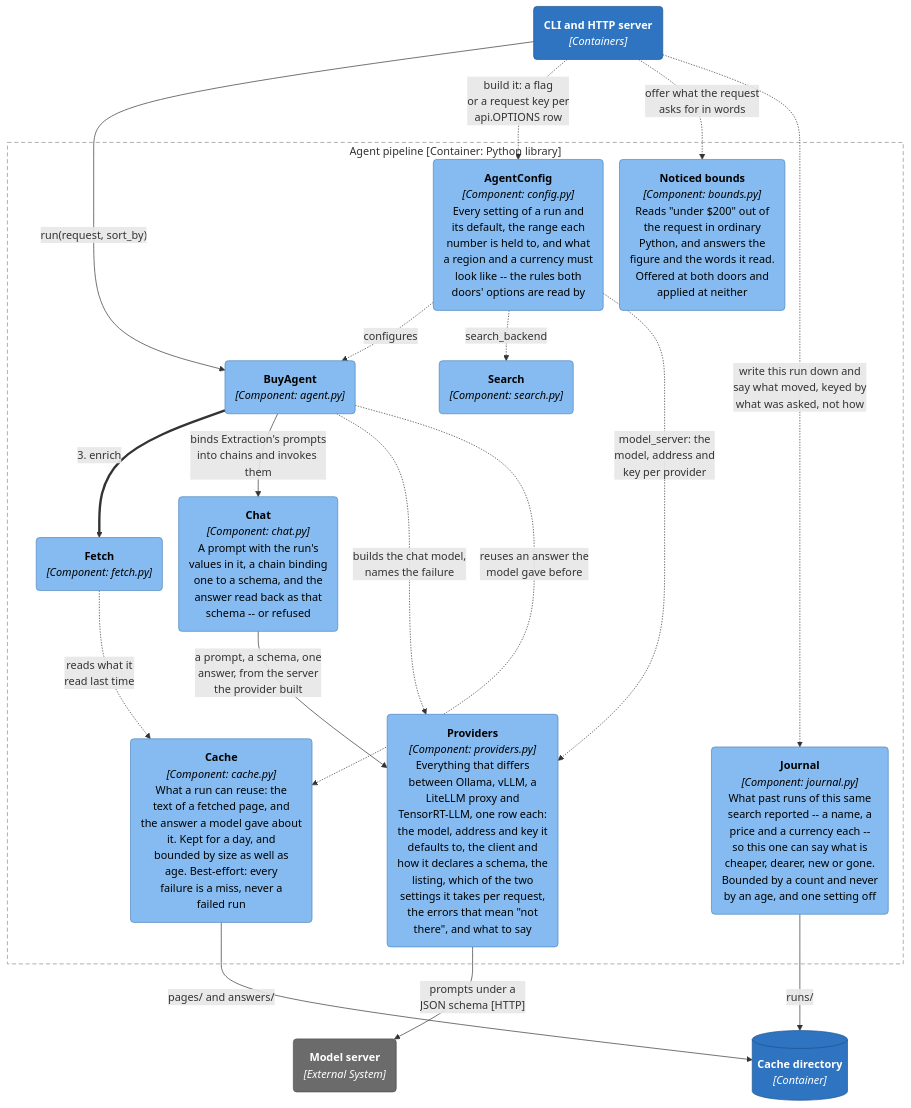
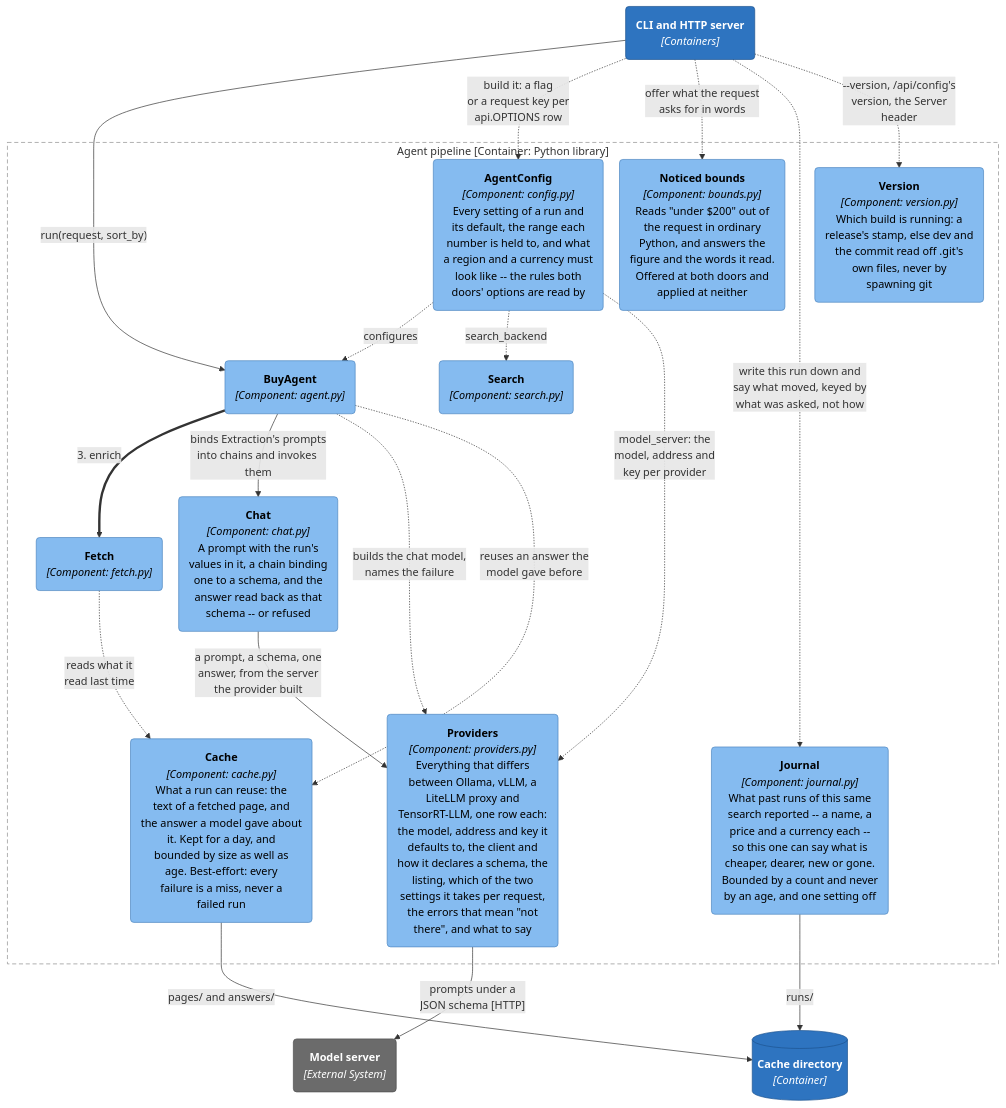
The sixth of 11 diagrams in docs/architecture.md (adamw7/buy_agent), drawn with Mermaid before and after one commit. The commit also changed other lines of this file, not shown here.

First line of the commit message:
Docs: bring the C4 diagrams up to the version stamp and the run's timing (#345)

````diff
--- a/docs/architecture.md
+++ b/docs/architecture.md
@@ -316,52 +318,54 @@
 ```mermaid
 ---
 config:
   flowchart:
     wrappingWidth: 400
     nodeSpacing: 24
     rankSpacing: 50
 ---
 graph TB
     doors("<b>CLI and HTTP server</b><br/><i>[Containers]</i>")
 
     subgraph pipeline["Agent pipeline [Container: Python library]"]
         config("<b>AgentConfig</b><br/><i>[Component: config.py]</i><br/>Every setting of a run and<br/>its default, the range each<br/>number is held to, and what<br/>a region and a currency must<br/>look like -- the rules both<br/>doors' options are read by")
         boundsc("<b>Noticed bounds</b><br/><i>[Component: bounds.py]</i><br/>Reads &quot;under $200&quot; out of<br/>the request in ordinary<br/>Python, and answers the<br/>figure and the words it read.<br/>Offered at both doors and<br/>applied at neither")
         agent("<b>BuyAgent</b><br/><i>[Component: agent.py]</i>")
         search("<b>Search</b><br/><i>[Component: search.py]</i>")
         fetch("<b>Fetch</b><br/><i>[Component: fetch.py]</i>")
         chat("<b>Chat</b><br/><i>[Component: chat.py]</i><br/>A prompt with the run's<br/>values in it, a chain binding<br/>one to a schema, and the<br/>answer read back as that<br/>schema -- or refused")
         journal("<b>Journal</b><br/><i>[Component: journal.py]</i><br/>What past runs of this same<br/>search reported -- a name, a<br/>price and a currency each --<br/>so this one can say what is<br/>cheaper, dearer, new or gone.<br/>Bounded by a count and never<br/>by an age, and one setting off")
         providers("<b>Providers</b><br/><i>[Component: providers.py]</i><br/>Everything that differs<br/>between Ollama, vLLM, a<br/>LiteLLM proxy and<br/>TensorRT-LLM, one row each:<br/>the model, address and key it<br/>defaults to, the client and<br/>how it declares a schema, the<br/>listing, which of the two<br/>settings it takes per request,<br/>the errors that mean &quot;not<br/>there&quot;, and what to say")
+        version("<b>Version</b><br/><i>[Component: version.py]</i><br/>Which build is running: a<br/>release's stamp, else dev and<br/>the commit read off .git's<br/>own files, never by<br/>spawning git")
         cache("<b>Cache</b><br/><i>[Component: cache.py]</i><br/>What a run can reuse: the<br/>text of a fetched page, and<br/>the answer a model gave about<br/>it. Kept for a day, and<br/>bounded by size as well as<br/>age. Best-effort: every<br/>failure is a miss, never a<br/>failed run")
     end
 
     ollama("<b>Model server</b><br/><i>[External System]</i>")
     store[("<b>Cache directory</b><br/><i>[Container]</i>")]
 
     doors -->|"run(request, sort_by)"| agent
     doors -.->|"build it: a flag<br/>or a request key per<br/>api.OPTIONS row"| config
     doors -.->|"offer what the request<br/>asks for in words"| boundsc
     doors -.->|"write this run down and<br/>say what moved, keyed by<br/>what was asked, not how"| journal
+    doors -.->|"--version, /api/config's<br/>version, the Server<br/>header"| version
     config -.->|"configures"| agent
     config -.->|"search_backend"| search
     config -.->|"model_server: the<br/>model, address and<br/>key per provider"| providers
     agent ==>|"3. enrich"| fetch
     agent -->|"binds Extraction's prompts<br/>into chains and invokes them"| chat
     agent -.->|"builds the chat model,<br/>names the failure"| providers
     agent -.->|"reuses an answer the<br/>model gave before"| cache
     chat -->|"a prompt, a schema, one<br/>answer, from the server<br/>the provider built"| providers
     fetch -.->|"reads what it<br/>read last time"| cache
     providers -->|"prompts under a<br/>JSON schema [HTTP]"| ollama
     cache -->|"pages/ and answers/"| store
     journal -->|"runs/"| store
 
     classDef person fill:#08427b,stroke:#052e56,color:#fff
     classDef container fill:#2e74c0,stroke:#1d5390,color:#fff
     classDef component fill:#85bbf0,stroke:#4f86c0,color:#000
     classDef external fill:#6b6b6b,stroke:#4d4d4d,color:#fff
     class doors,store container
-    class config,boundsc,agent,search,fetch,chat,journal,providers,cache component
+    class config,boundsc,agent,search,fetch,chat,journal,providers,version,cache component
     class ollama external
     style pipeline fill:none,stroke:#8c8c8c,stroke-width:1px,stroke-dasharray:6 4
 ```
````
